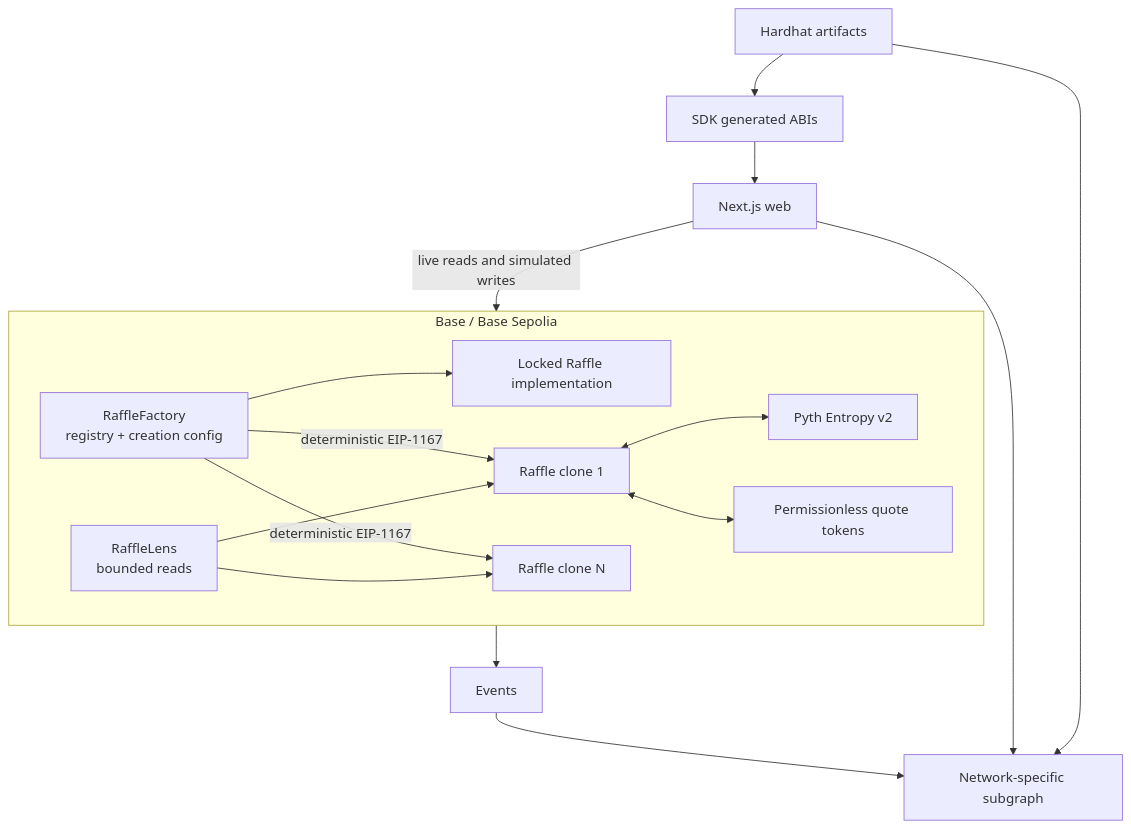
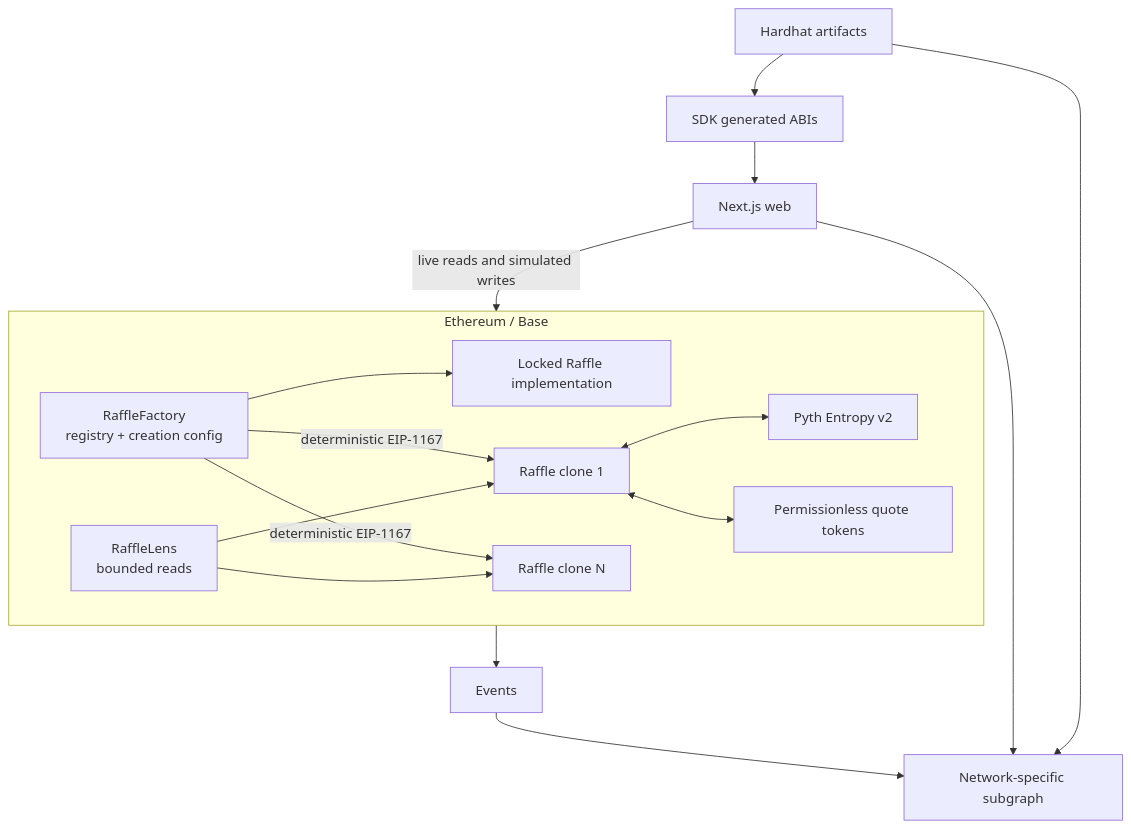
The diagram in docs/ARCHITECTURE.md (Heesho/raffle-fun), drawn with Mermaid before and after one commit. The commit also changed 55 other files, not shown here.

````diff
--- a/docs/ARCHITECTURE.md
+++ b/docs/ARCHITECTURE.md
@@ -9,26 +9,26 @@
 ```mermaid
 flowchart TB
-  subgraph Chain["Base / Base Sepolia"]
+  subgraph Chain["Ethereum / Base"]
     F["RaffleFactory\nregistry + creation config"]
     I["Locked Raffle implementation"]
     C1["Raffle clone 1"]
     C2["Raffle clone N"]
     L["RaffleLens\nbounded reads"]
     E["Pyth Entropy v2"]
     Q["Permissionless quote tokens"]
     F --> I
     F -->|deterministic EIP-1167| C1
     F -->|deterministic EIP-1167| C2
     L --> C1
     L --> C2
     C1 <--> E
     C1 <--> Q
   end
   Chain --> Logs["Events"]
   Logs --> Graph["Network-specific subgraph"]
   Web["Next.js web"] --> Graph
   Web -->|live reads and simulated writes| Chain
   Artifacts["Hardhat artifacts"] --> SDK["SDK generated ABIs"]
   SDK --> Web
   Artifacts --> Graph
 ```
````
